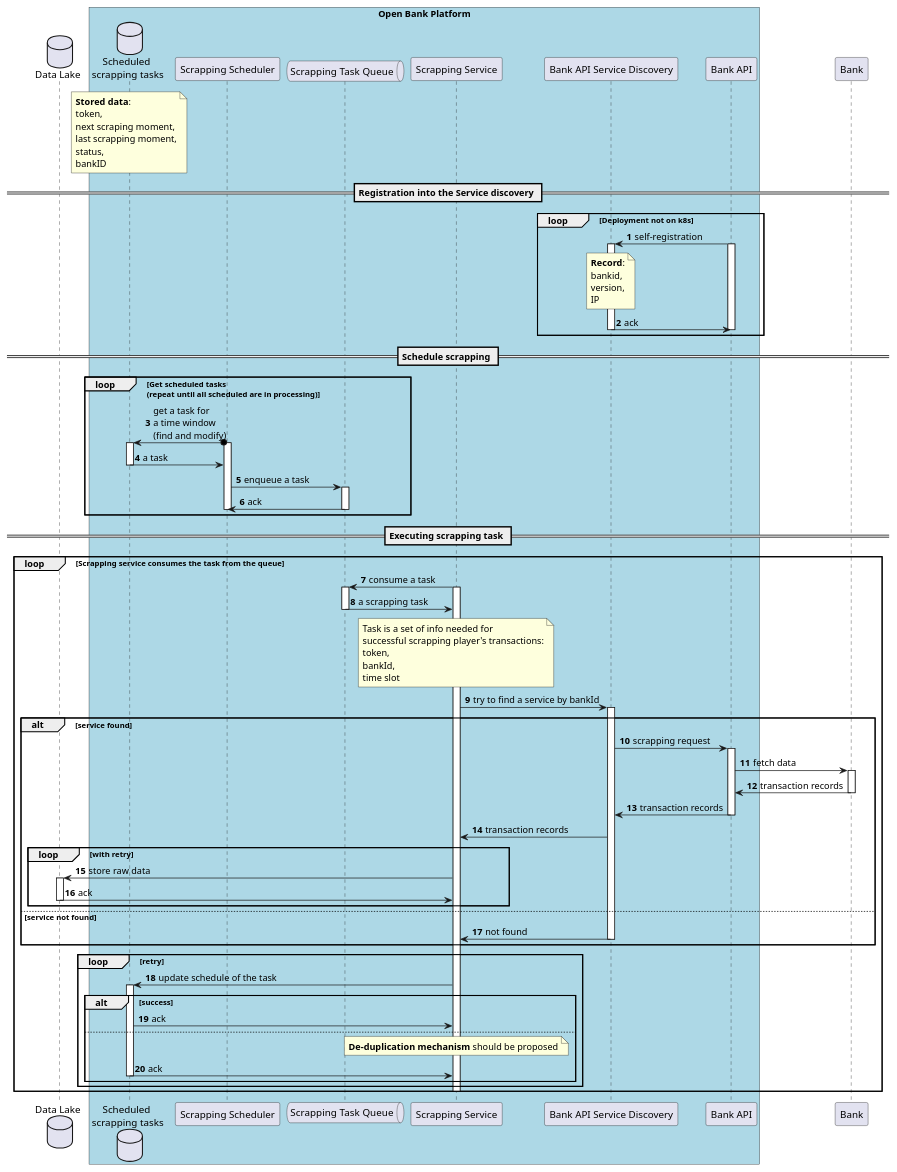
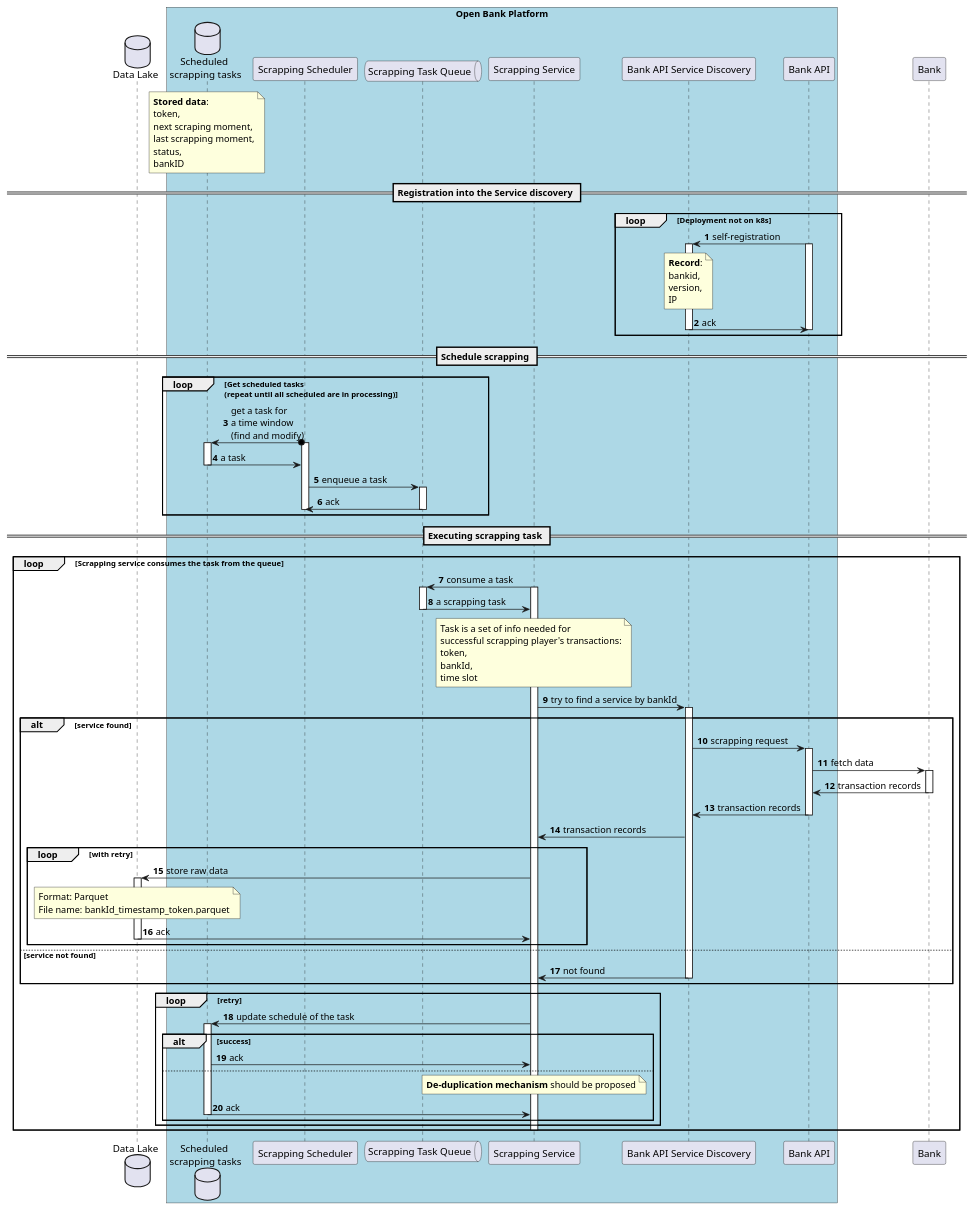
One commit to hkravtsov/affordability changed the diagram in umls/data_scrapping.puml. Above: the diagram before and after it, drawn with PlantUML. The commit also changed 3 other files, not shown here.

```diff
--- a/umls/data_scrapping.puml
+++ b/umls/data_scrapping.puml
@@ -1,75 +1,76 @@
 @startuml
 
 autonumber
 
 database dl as "Data Lake"
 
 box "Open Bank Platform"  #LightBlue
 database scheduled as "Scheduled \nscrapping tasks"
 participant scheduler as "Scrapping Scheduler"
 queue stq as "Scrapping Task Queue"
 participant service as "Scrapping Service"
 participant bapisd as "Bank API Service Discovery"
 participant bapi as "Bank API"
 
 end box
 
 participant bank as "Bank"
 
 note over scheduled: <b>Stored data</b>:\ntoken,\nnext scraping moment,\nlast scrapping moment,\nstatus,\nbankID
 
 == Registration into the Service discovery ==
 
 loop Deployment not on k8s
 bapi -> bapisd++: self-registration
 note over bapisd: <b>Record</b>:\nbankid,\nversion,\nIP
 activate bapi
 bapisd -> bapi--: ack
 deactivate bapi
 end
 
 == Schedule scrapping ==
 
 loop Get scheduled tasks \n(repeat until all scheduled are in processing)
   scheduler o-> scheduled++: get a task for\na time window\n(find and modify)
   activate scheduler
   scheduled -> scheduler--: a task
   scheduler -> stq++: enqueue a task
   stq -> scheduler--:ack
   deactivate scheduler
 end
 
 == Executing scrapping task ==
 
 loop Scrapping service consumes the task from the queue
 service -> stq++: consume a task
 activate service
 stq -> service--: a scrapping task
 note over service: Task is a set of info needed for \nsuccessful scrapping player's transactions:\ntoken,\nbankId,\ntime slot
 service -> bapisd++: try to find a service by bankId
 alt service found
   bapisd -> bapi++: scrapping request
   bapi -> bank++: fetch data
   bank -> bapi--: transaction records
   bapi -> bapisd--: transaction records
   bapisd -> service: transaction records
   loop with retry
   service -> dl++: store raw data
+  note over dl:  Format: Parquet\nFile name: bankId_timestamp_token.parquet
   dl -> service--: ack
   end
 else service not found
   bapisd -> service--: not found
 
 end
 loop retry
 service -> scheduled++: update schedule of the task
 alt success
   scheduled -> service: ack
 else
   note over service: <b>De-duplication mechanism</b> should be proposed
   scheduled -> service--: ack
 end
 end
 deactivate service
 end
 @enduml
```
